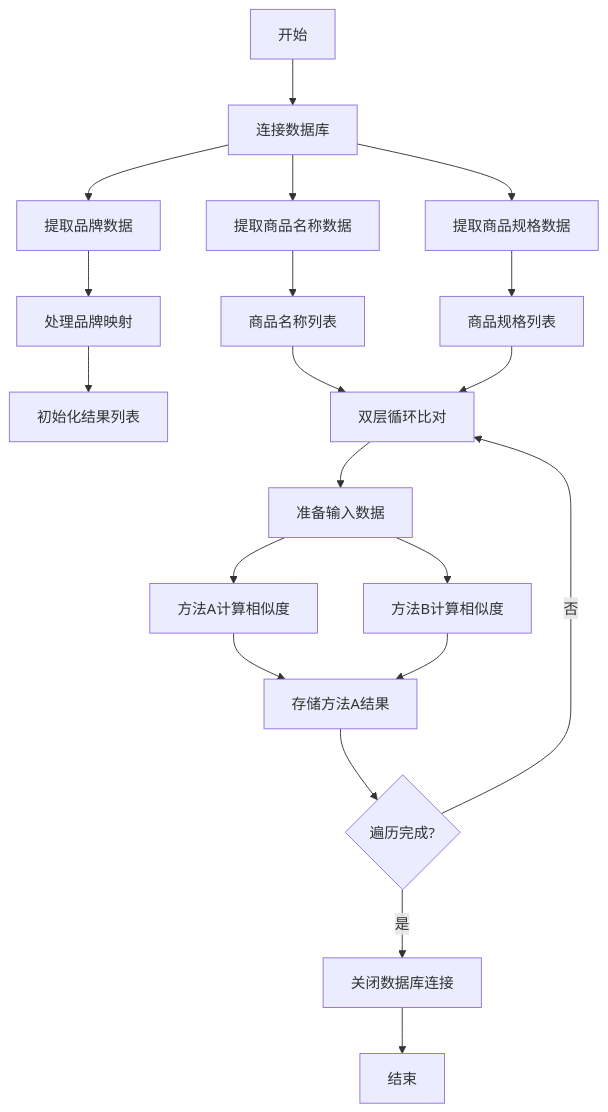
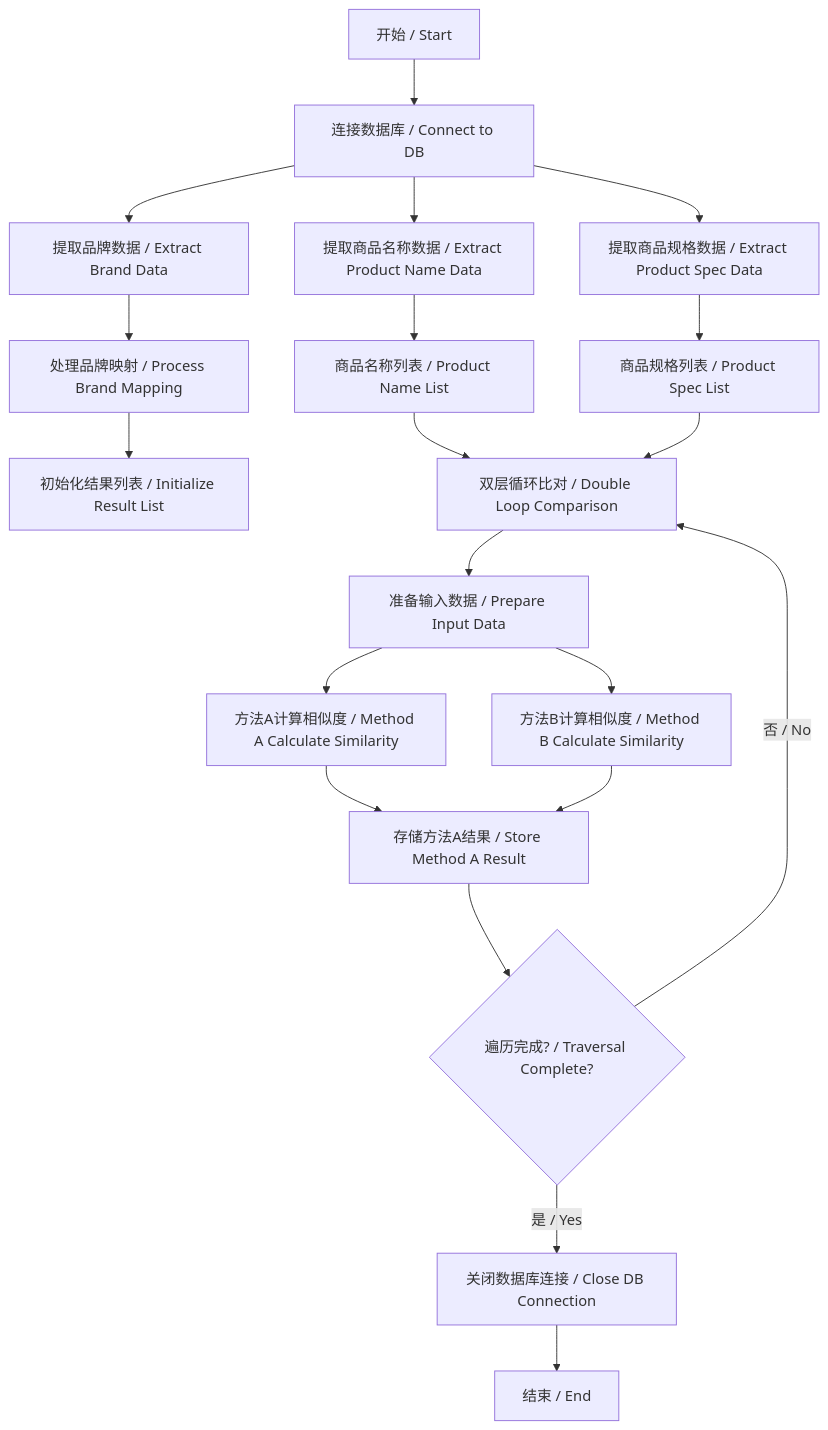
The first of 10 diagrams in README.md (041008Ashley/2025-ProductTitleMatchingAnalysis), drawn with Mermaid before and after one commit. The commit also changed other lines of this file, not shown here.

````diff
--- a/README.md
+++ b/README.md
@@ -14,22 +10,22 @@
 ```mermaid
 flowchart TD
-    A[开始] --> B[连接数据库]
-    B --> C[提取商品名称数据]
-    B --> D[提取商品规格数据]
-    B --> E[提取品牌数据]
-    E --> F[处理品牌映射]
-    F --> G[初始化结果列表]
-    C --> H[商品名称列表]
-    D --> I[商品规格列表]
-    H --> J[双层循环比对]
+    A[开始 / Start] --> B[连接数据库 / Connect to DB]
+    B --> C[提取商品名称数据 / Extract Product Name Data]
+    B --> D[提取商品规格数据 / Extract Product Spec Data]
+    B --> E[提取品牌数据 / Extract Brand Data]
+    E --> F[处理品牌映射 / Process Brand Mapping]
+    F --> G[初始化结果列表 / Initialize Result List]
+    C --> H[商品名称列表 / Product Name List]
+    D --> I[商品规格列表 / Product Spec List]
+    H --> J[双层循环比对 / Double Loop Comparison]
     I --> J
-    J --> K[准备输入数据]
-    K --> L[方法A计算相似度]
-    K --> M[方法B计算相似度]
-    L --> N[存储方法A结果]
+    J --> K[准备输入数据 / Prepare Input Data]
+    K --> L[方法A计算相似度 / Method A Calculate Similarity]
+    K --> M[方法B计算相似度 / Method B Calculate Similarity]
+    L --> N[存储方法A结果 / Store Method A Result]
     M --> N
-    N --> O{遍历完成?}
-    O -->|否| J
-    O -->|是| P[关闭数据库连接]
-    P --> Q[结束]
+    N --> O{遍历完成? / Traversal Complete?}
+    O -->|否 / No| J
+    O -->|是 / Yes| P[关闭数据库连接 / Close DB Connection]
+    P --> Q[结束 / End]
 ```
````
